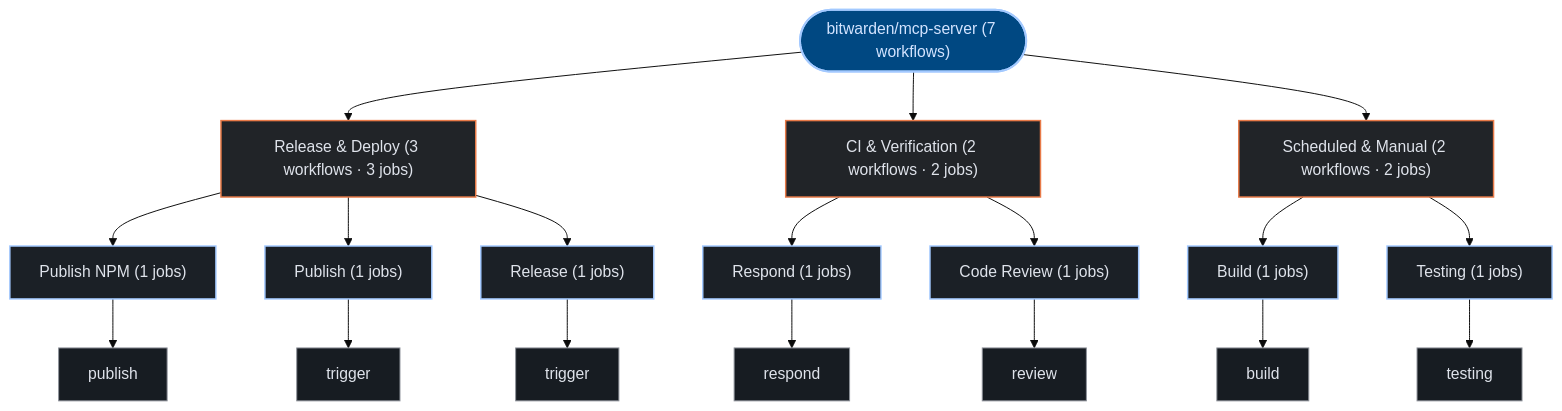
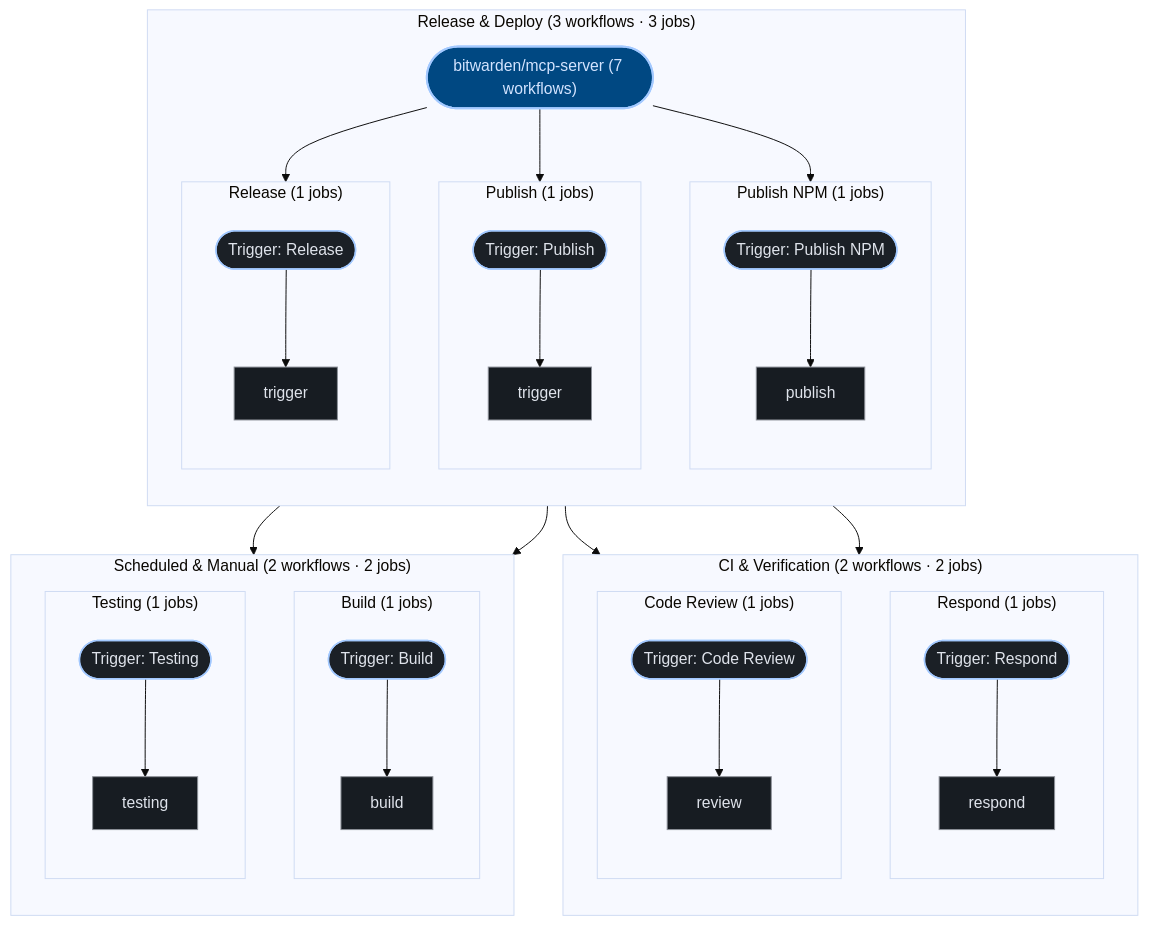
One commit to kumarshaz/atruss-code-atlas changed the third of 3 diagrams in exports/latest/reports/bitwarden-mcp-server-report.md. Above: the diagram before and after it, drawn with Mermaid (base theme). The commit also changed 181 other files, not shown here.

````diff
--- a/exports/latest/reports/bitwarden-mcp-server-report.md
+++ b/exports/latest/reports/bitwarden-mcp-server-report.md
@@ -176,45 +176,69 @@
 ```mermaid
 graph TD;
   classDef atlasRoot fill:#004882,stroke:#a3c9ff,stroke-width:2px,color:#d3e4ff
   classDef atlasCategory fill:#212428,stroke:#E87A48,stroke-width:1.5px,color:#dfe3eb
   classDef atlasWorkflow fill:#1b2026,stroke:#a3c9ff,stroke-width:1.5px,color:#dfe3eb
   classDef atlasJob fill:#171c22,stroke:#8d9199,stroke-width:1px,color:#dfe3eb
   classDef atlasTarget fill:#005227,stroke:#8bd99b,stroke-width:1.5px,color:#a7f6b6
   classDef atlasAlert fill:#93000a,stroke:#ffb4ab,stroke-width:1.5px,color:#ffdad6
   classDef atlasMore fill:#252a31,stroke:#8d9199,stroke-dasharray:4 4,color:#c3c6cf
   pipeline_root(["bitwarden/mcp-server (7 workflows)"]):::atlasRoot
-  grp_0_Release___Deploy["Release & Deploy (3 workflows · 3 jobs)"]:::atlasCategory
-  pipeline_root --> grp_0_Release___Deploy
-  wf_1_Publish_NPM["Publish NPM (1 jobs)"]:::atlasWorkflow
-  grp_0_Release___Deploy --> wf_1_Publish_NPM
-  job_1_publish["publish"]:::atlasJob
-  wf_1_Publish_NPM --> job_1_publish
-  wf_2_Publish["Publish (1 jobs)"]:::atlasWorkflow
-  grp_0_Release___Deploy --> wf_2_Publish
-  job_2_trigger["trigger"]:::atlasJob
-  wf_2_Publish --> job_2_trigger
-  wf_3_Release["Release (1 jobs)"]:::atlasWorkflow
-  grp_0_Release___Deploy --> wf_3_Release
-  job_3_trigger["trigger"]:::atlasJob
-  wf_3_Release --> job_3_trigger
-  grp_1_CI___Verification["CI & Verification (2 workflows · 2 jobs)"]:::atlasCategory
-  pipeline_root --> grp_1_CI___Verification
-  wf_4_Respond["Respond (1 jobs)"]:::atlasWorkflow
-  grp_1_CI___Verification --> wf_4_Respond
-  job_4_respond["respond"]:::atlasJob
-  wf_4_Respond --> job_4_respond
-  wf_5_Code_Review["Code Review (1 jobs)"]:::atlasWorkflow
-  grp_1_CI___Verification --> wf_5_Code_Review
-  job_5_review["review"]:::atlasJob
-  wf_5_Code_Review --> job_5_review
-  grp_2_Scheduled___Manual["Scheduled & Manual (2 workflows · 2 jobs)"]:::atlasCategory
-  pipeline_root --> grp_2_Scheduled___Manual
-  wf_0_Build["Build (1 jobs)"]:::atlasWorkflow
-  grp_2_Scheduled___Manual --> wf_0_Build
-  job_0_build["build"]:::atlasJob
-  wf_0_Build --> job_0_build
-  wf_6_Testing["Testing (1 jobs)"]:::atlasWorkflow
-  grp_2_Scheduled___Manual --> wf_6_Testing
-  job_6_testing["testing"]:::atlasJob
-  wf_6_Testing --> job_6_testing
+  subgraph sg_grp_0_Release___Deploy["Release & Deploy (3 workflows · 3 jobs)"]
+    direction TB
+    subgraph sg_wf_1_Publish_NPM["Publish NPM (1 jobs)"]
+      direction TB
+      wf_1_Publish_NPM(["Trigger: Publish NPM"]):::atlasWorkflow
+      job_1_publish["publish"]:::atlasJob
+      wf_1_Publish_NPM --> job_1_publish
+    end
+    pipeline_root --> wf_1_Publish_NPM
+    subgraph sg_wf_2_Publish["Publish (1 jobs)"]
+      direction TB
+      wf_2_Publish(["Trigger: Publish"]):::atlasWorkflow
+      job_2_trigger["trigger"]:::atlasJob
+      wf_2_Publish --> job_2_trigger
+    end
+    pipeline_root --> wf_2_Publish
+    subgraph sg_wf_3_Release["Release (1 jobs)"]
+      direction TB
+      wf_3_Release(["Trigger: Release"]):::atlasWorkflow
+      job_3_trigger["trigger"]:::atlasJob
+      wf_3_Release --> job_3_trigger
+    end
+    pipeline_root --> wf_3_Release
+  end
+  subgraph sg_grp_1_CI___Verification["CI & Verification (2 workflows · 2 jobs)"]
+    direction TB
+    subgraph sg_wf_4_Respond["Respond (1 jobs)"]
+      direction TB
+      wf_4_Respond(["Trigger: Respond"]):::atlasWorkflow
+      job_4_respond["respond"]:::atlasJob
+      wf_4_Respond --> job_4_respond
+    end
+    pipeline_root --> wf_4_Respond
+    subgraph sg_wf_5_Code_Review["Code Review (1 jobs)"]
+      direction TB
+      wf_5_Code_Review(["Trigger: Code Review"]):::atlasWorkflow
+      job_5_review["review"]:::atlasJob
+      wf_5_Code_Review --> job_5_review
+    end
+    pipeline_root --> wf_5_Code_Review
+  end
+  subgraph sg_grp_2_Scheduled___Manual["Scheduled & Manual (2 workflows · 2 jobs)"]
+    direction TB
+    subgraph sg_wf_0_Build["Build (1 jobs)"]
+      direction TB
+      wf_0_Build(["Trigger: Build"]):::atlasWorkflow
+      job_0_build["build"]:::atlasJob
+      wf_0_Build --> job_0_build
+    end
+    pipeline_root --> wf_0_Build
+    subgraph sg_wf_6_Testing["Testing (1 jobs)"]
+      direction TB
+      wf_6_Testing(["Trigger: Testing"]):::atlasWorkflow
+      job_6_testing["testing"]:::atlasJob
+      wf_6_Testing --> job_6_testing
+    end
+    pipeline_root --> wf_6_Testing
+  end
 ```
````
